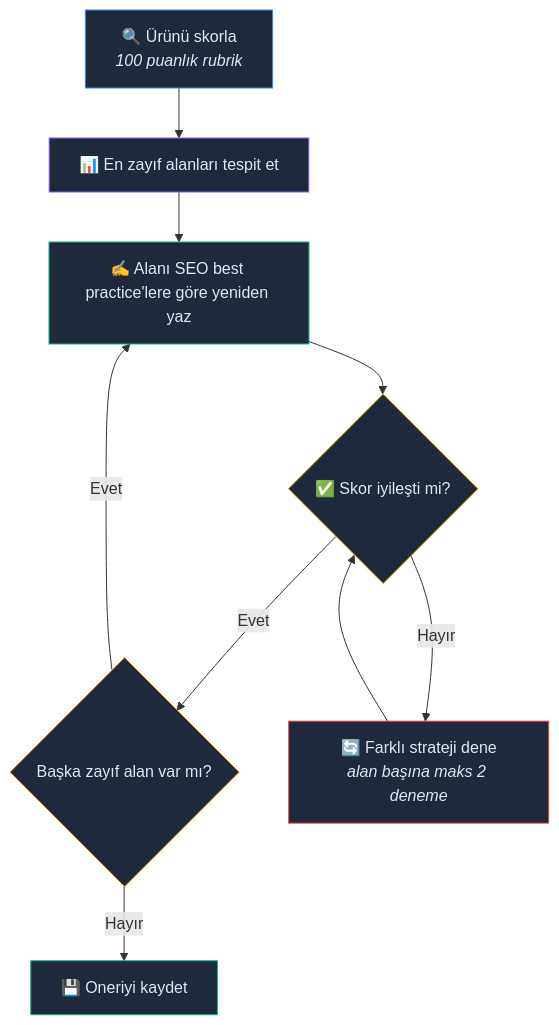
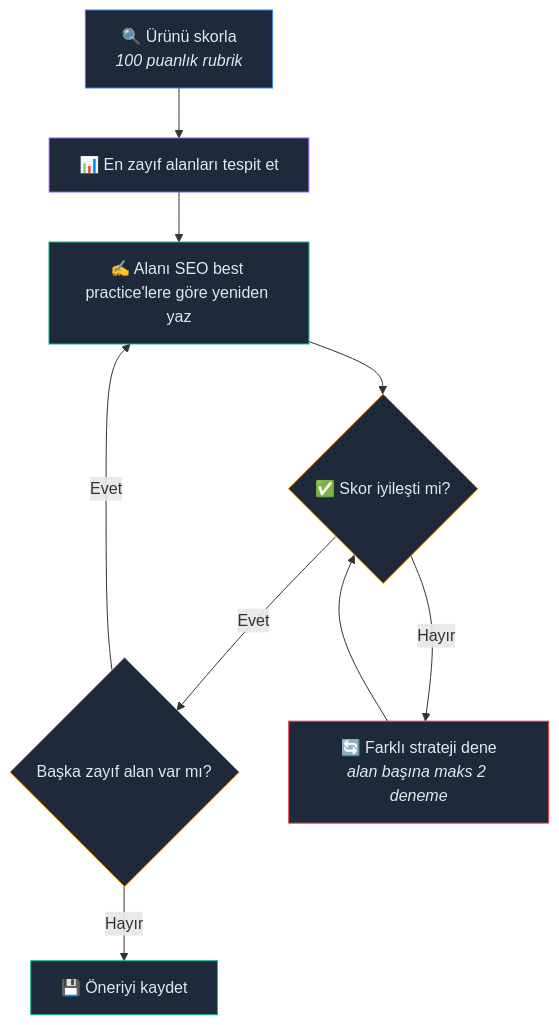
One commit to YigitKa/ikas-ai-seo-agent changed the first of 17 diagrams in README.md. Above: the diagram before and after it, drawn with Mermaid. The commit also changed other lines of this file and 16 other files, not shown here.

````diff
--- a/README.md
+++ b/README.md
@@ -21,19 +23,19 @@
 ```mermaid
 graph TD
     A["🔍 Ürünü skorla<br/><i>100 puanlık rubrik</i>"] --> B["📊 En zayıf alanları tespit et"]
     B --> C["✍️ Alanı SEO best practice'lere göre yeniden yaz"]
     C --> D{"✅ Skor iyileşti mi?"}
     D -->|Evet| E{"Başka zayıf alan var mı?"}
     D -->|Hayır| F["🔄 Farklı strateji dene<br/><i>alan başına maks 2 deneme</i>"]
     F --> D
     E -->|Evet| C
-    E -->|Hayır| G["💾 Oneriyi kaydet"]
+    E -->|Hayır| G["💾 Öneriyi kaydet"]
 
     style A fill:#1e293b,stroke:#3b82f6,color:#e2e8f0
     style B fill:#1e293b,stroke:#8b5cf6,color:#e2e8f0
     style C fill:#1e293b,stroke:#10b981,color:#e2e8f0
     style D fill:#1e293b,stroke:#f59e0b,color:#e2e8f0
     style E fill:#1e293b,stroke:#f59e0b,color:#e2e8f0
     style F fill:#1e293b,stroke:#ef4444,color:#e2e8f0
     style G fill:#1e293b,stroke:#10b981,color:#e2e8f0
 ```
````
